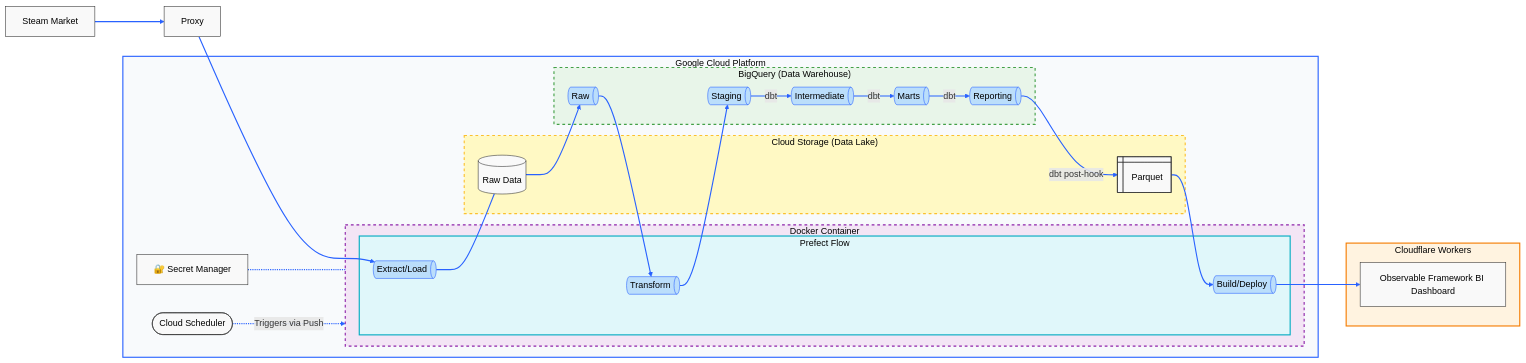
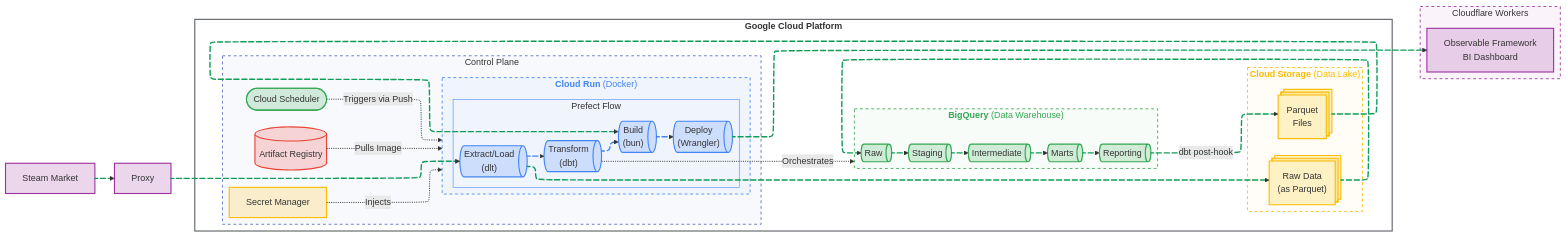
Before and after one commit to CarlosGTrejo/CS2-Market-Analysis: the diagram in README.md, drawn with Mermaid. The commit also changed other lines of this file and 1 other file, not shown here.

Commit message:
Improved markdown, working on improving dashboard

````diff
--- a/README.md
+++ b/README.md
@@ -70,33 +70,43 @@
 ```mermaid
 ---
 config:
-  layout: dagre
+  flowchart:
+    defaultRenderer: "elk"
 ---
 flowchart LR
+    %% ========================================================
+    %% 1. NODES & STRUCTURE (Declarations Only)
+    %% ========================================================
+    
     %% External Data Sources
     steam_market["Steam Market"]@{ shape: rect }
     proxy_server["Proxy"]@{ shape: rect }
 
     %% Google Cloud Environment
-    subgraph gcp_cloud["Google Cloud Platform"]
-      cloud_scheduler["Cloud Scheduler"]@{ shape: stadium }
+    subgraph gcp_cloud["`**Google Cloud Platform**`"]
 
-        secret_manager["🔐 Secret Manager"]@{ shape: rect, pos: "t" }
+        %% Orchestration & Control Plane
+        subgraph control_plane["Control Plane"]
+            artifact_registry["Artifact Registry"]@{ shape: cyl }
+            cloud_scheduler["Cloud Scheduler"]@{ shape: stadium }
+            secret_manager["Secret Manager"]@{ shape: rect }
 
-        subgraph docker_env["Docker Container"]
-            subgraph prefect_orchestration["Prefect Flow"]
-                task_extract_load["Extract/Load"]@{ shape: h-cyl }
-                task_transform["Transform"]@{ shape: h-cyl }
-                task_build_deploy["Build/Deploy"]@{ shape: h-cyl }
+            subgraph cloud_run_env["`**Cloud Run** (Docker)`"]
+                subgraph prefect_orchestration["Prefect Flow"]
+                    task_extract_load["Extract/Load \n (dlt)"]@{ shape: h-cyl }
+                    task_transform["Transform \n (dbt)"]@{ shape: h-cyl }
+                    task_build["Build \n (bun)"]@{ shape: h-cyl }
+                    task_deploy["Deploy \n (Wrangler)"]@{ shape: h-cyl }
+                end
             end
         end
 
-        subgraph gcs_datalake["Cloud Storage (Data Lake)"]
-            raw_data_gcs["Raw Data"]@{ shape: cyl }
-            parquet_export["Parquet"]@{ shape: internal-storage }
+        subgraph gcs_datalake["`**Cloud Storage** (Data Lake)`"]
+            raw_data_gcs["Raw Data \n (as Parquet)"]@{ shape: procs }
+            parquet_export["Parquet \n Files"]@{ shape: procs }
         end
 
-        subgraph bigquery_dw["BigQuery (Data Warehouse)"]
+        subgraph bigquery_dw["`**BigQuery** (Data Warehouse)`"]
             bq_raw["Raw"]@{ shape: das }
             bq_staging["Staging"]@{ shape: das }
             bq_intermediate["Intermediate"]@{ shape: das }
@@ -107,49 +117,118 @@
 
     %% Edge Cloud / Frontend
     subgraph cloudflare_edge["Cloudflare Workers"]
-        observable_dashboard["Observable Framework BI Dashboard"]
+        observable_dashboard["Observable Framework \n BI Dashboard"]
     end
 
-    %% --- Connections ---
-    steam_market ==> proxy_server
-    proxy_server ==> task_extract_load
-    task_extract_load === raw_data_gcs
-    raw_data_gcs ==> bq_raw
-    bq_raw ==> task_transform
-    task_transform ==> bq_staging
-    bq_staging -- "dbt" --> bq_intermediate
-    bq_intermediate -- "dbt" --> bq_marts
-    bq_marts -- "dbt" --> bq_reporting
-    bq_reporting -- "dbt post-hook" --> parquet_export
-    parquet_export ==> task_build_deploy
-    task_build_deploy ==> observable_dashboard
-    secret_manager -.- docker_env
-    cloud_scheduler -. "Triggers via Push" .-> docker_env
+    %% ========================================================
+    %% 2. EDGES & CONNECTIONS
+    %% ========================================================
 
-    %% --- Global/Base Classes ---
-    classDef default fill:#f9f9f9,stroke:#333,stroke-width:1px,color:#000;
-    classDef gcpContainer fill:#F8FAFC,stroke:#2962FF,stroke-width:2px,color:#000;
-    classDef cloudflareContainer fill:#FFF3E0,stroke:#F57C00,stroke-width:2px,color:#000;
-    classDef pipelineNode fill:#BBDEFB,stroke:#2962FF,stroke-width:1px,color:#000;
+    %% --- Data Flow Connections (Animated - Indexes 0 to 10) ---
+    steam_market f1@--> proxy_server
+    proxy_server f2@--> task_extract_load
+    task_extract_load f3@--> raw_data_gcs
+    raw_data_gcs f4@--> bq_raw
+    bq_raw f5@--> bq_staging
+    bq_staging f6@--> bq_intermediate
+    bq_intermediate f7@--> bq_marts
+    bq_marts f8@--> bq_reporting
+    bq_reporting f9@-->|"dbt post-hook"| parquet_export
+    parquet_export f10@--> task_build
+    task_deploy f11@--> observable_dashboard
+
+    f1@{ animate: true }
+    f2@{ animate: true }
+    f3@{ animate: true }
+    f4@{ animate: true }
+    f5@{ animate: true }
+    f6@{ animate: true }
+    f7@{ animate: true }
+    f8@{ animate: true }
+    f9@{ animate: true }
+    f10@{ animate: true }
+    f11@{ animate: true }
+
+    %% --- Prefect Internal Dependency Flow (Animated - Indexes 11 to 13) ---
+    task_extract_load p1@-.-> task_transform 
+    task_transform p2@-.-> task_build 
+    task_build p3@-.-> task_deploy
     
-    %% --- Subgraph Isolation Classes ---
-    %% Using soft pastel fills with bold borders and dashed lines for nested components
-    classDef dockerEnv fill:#F3E5F5,stroke:#8E24AA,stroke-width:2px,color:#000,stroke-dasharray: 5 5;
-    classDef prefectFlow fill:#E0F7FA,stroke:#00ACC1,stroke-width:2px,color:#000;
-    classDef dataLake fill:#FFF9C4,stroke:#FBC02D,stroke-width:2px,color:#000,stroke-dasharray: 5 5;
-    classDef dataWarehouse fill:#E8F5E9,stroke:#43A047,stroke-width:2px,color:#000,stroke-dasharray: 5 5;
+    p1@{ animate: true }
+    p2@{ animate: true }
+    p3@{ animate: true }
+
+    %% --- Control Flow Connections (Dotted Lines - Indexes 14 to 17) ---
+    artifact_registry -. "Pulls Image" .-> cloud_run_env
+    cloud_scheduler -. "Triggers via Push" .-> cloud_run_env
+    secret_manager -. "Injects" .-> cloud_run_env
+    task_transform -. "Orchestrates" .-> bigquery_dw
+
+
+    %% ========================================================
+    %% 3. STYLING & CLASSES
+    %% ========================================================
+    
+    %% Base style for unassigned elements
+    classDef default fill:transparent,stroke:#888,stroke-width:1.5px;
+    
+    %% Container Outlines
+    classDef gcpContainer fill:transparent,stroke:#5f6368,stroke-width:2px;
+    classDef cloudflareContainer fill:#9E339F0D,stroke:#9E339F,stroke-width:1.5px,stroke-dasharray: 5 5;
+    
+    %% Updated Subgraph Styling with Custom Text Colors
+    classDef controlPlane fill:#5C6BC00A,stroke:#5C6BC0,stroke-width:1.5px,stroke-dasharray: 5 5;
+    classDef dockerEnv fill:#4285F40A,stroke:#4285F4,stroke-width:1.5px,stroke-dasharray: 5 5,color:#4285F4;
+    classDef dataLake fill:#FBBC040A,stroke:#FBBC04,stroke-width:1.5px,stroke-dasharray: 5 5,color:#FBBC04;
+    classDef dataWarehouse fill:#34A8530A,stroke:#34A853,stroke-width:1.5px,stroke-dasharray: 5 5,color:#34A853;
+    
+    classDef prefectFlow fill:transparent,stroke:#4285F4,stroke-width:1px;
+    
+    %% Node Outlines 
+    classDef computeNode fill:#4285F433,stroke:#4285F4,stroke-width:2px; 
+    classDef bqNode fill:#34A85333,stroke:#34A853,stroke-width:2px;
+    classDef gcsNode fill:#FBBC0433,stroke:#FBBC04,stroke-width:2px;
+    classDef edgeNode fill:#9E339F33,stroke:#9E339F,stroke-width:2px;
+    
+    %% Singletons
+    classDef secretManagerStyle fill:#FBBC0433,stroke:#FBBC04,stroke-width:2px;
+    classDef cloudSchedulerStyle fill:#34A85333,stroke:#34A853,stroke-width:2px;
+    classDef artifactRegistryStyle fill:#EA433533,stroke:#EA4335,stroke-width:2px;
 
     %% --- Apply Classes ---
     class gcp_cloud gcpContainer;
     class cloudflare_edge cloudflareContainer;
-    class bq_staging,bq_intermediate,bq_marts,bq_reporting,bq_raw,task_extract_load,task_transform,task_build_deploy pipelineNode;
-    
-    %% Apply Subgraph Classes
-    class docker_env dockerEnv;
-    class prefect_orchestration prefectFlow;
+    class control_plane controlPlane;
     class gcs_datalake dataLake;
     class bigquery_dw dataWarehouse;
-
+    class cloud_run_env dockerEnv;
+    class prefect_orchestration prefectFlow;
+    
+    class bq_staging,bq_intermediate,bq_marts,bq_reporting,bq_raw bqNode;
+    class raw_data_gcs,parquet_export gcsNode;
+    class task_extract_load,task_transform,task_build,task_deploy computeNode;
+    class steam_market,proxy_server,observable_dashboard edgeNode;
+    
+    class secret_manager secretManagerStyle;
+    class cloud_scheduler cloudSchedulerStyle;
+    class artifact_registry artifactRegistryStyle;
+    
     %% --- Link Styles ---
-    linkStyle default stroke:#2962FF,stroke-width:2px,fill:none;
+    %% Default all non-data lines to a softer grey
+    linkStyle default stroke:#9AA0A6,stroke-width:1.5px,fill:none;
+    
+    %% Primary Animated Data Path (Indexes 0 through 10) - Vibrant Green & Thicker
+    linkStyle 0,1,2,3,4,5,6,7,8,9,10 stroke:#0F9D58,stroke-width:2.5px,fill:none;
+    
+    %% Prefect Internal Flow Path (Indexes 11 through 13) - Blue & Dashed
+    linkStyle 11,12,13 stroke:#4285F4,stroke-width:2.5px,fill:none,stroke-dasharray:5 5;
+    %% --- Link Styles ---
+    %% Default all non-data lines to a softer grey
+    linkStyle default stroke:#333,stroke-width:1.5px;
+    
+    %% Primary Animated Data Path (Indexes 0 through 10) - Vibrant Green & Thicker
+    linkStyle 0,1,2,3,4,5,6,7,8,9,10 stroke:#0F9D58,stroke-width:2.5px;
+    
+    %% Prefect Internal Flow Path (Indexes 11 through 13) - Blue & Dashed
+    linkStyle 11,12,13 stroke:#4285F4,stroke-width:2.5px;
 ```
````
